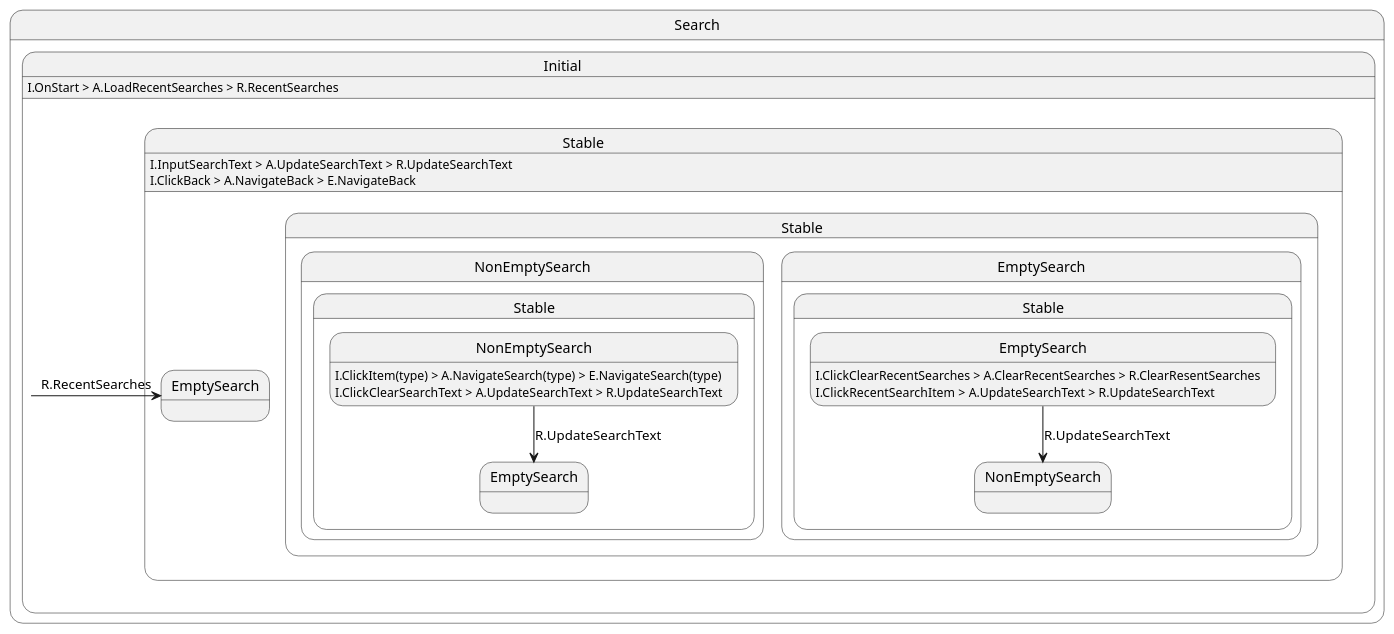
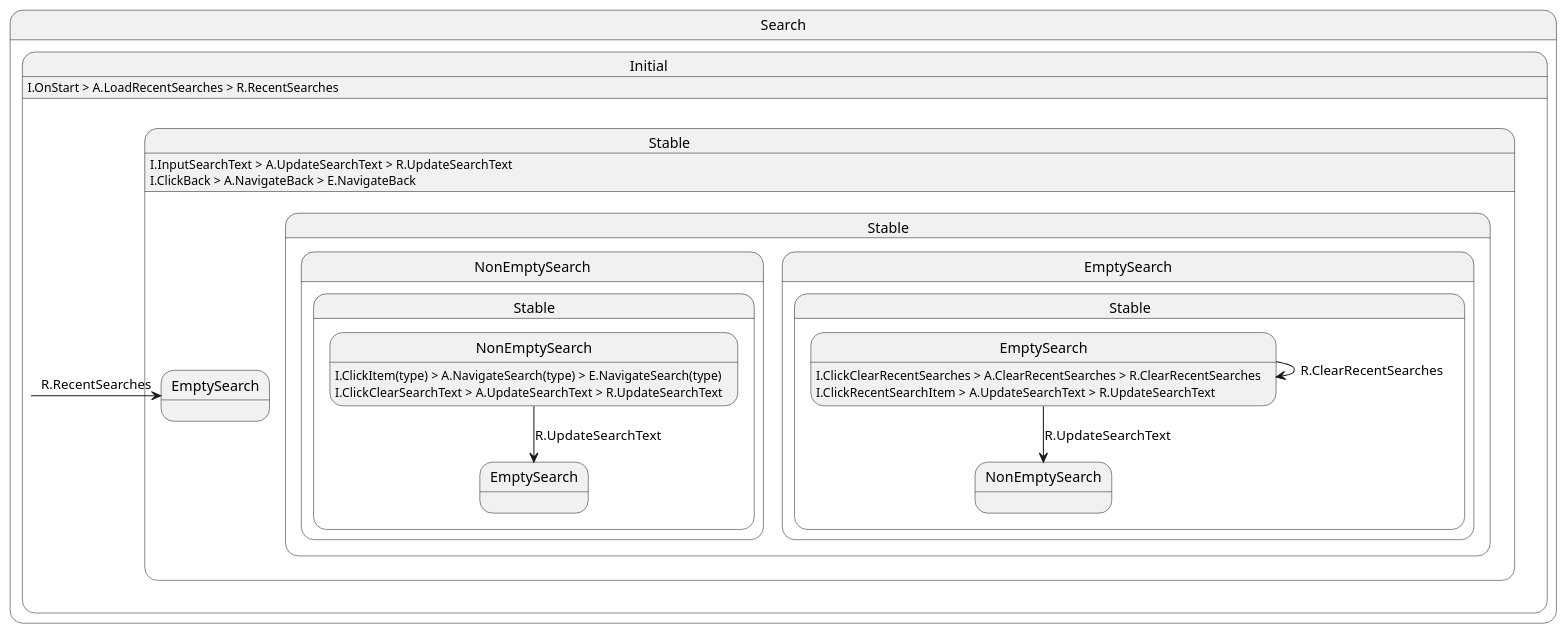
The diagram in presentation/src/main/kotlin/jp/co/yumemi/android/code_check/presentation/feature/search/top/SearchTop.pu (wasabi-muffin/github-sample-project), drawn with PlantUML before and after one commit.

Commit message:
fix: typo and missing transition

```diff
--- a/presentation/src/main/kotlin/jp/co/yumemi/android/code_check/presentation/feature/search/top/SearchTop.pu
+++ b/presentation/src/main/kotlin/jp/co/yumemi/android/code_check/presentation/feature/search/top/SearchTop.pu
@@ -1,28 +1,29 @@
 @startuml Search
 state Search {
     state Initial {
         Initial : I.OnStart > A.LoadRecentSearches > R.RecentSearches
         
         Initial -right-> Stable.EmptySearch : R.RecentSearches
     }
 
     state Stable {
         Stable : I.InputSearchText > A.UpdateSearchText > R.UpdateSearchText
         Stable : I.ClickBack > A.NavigateBack > E.NavigateBack
 
         state Stable.EmptySearch {
-            Stable.EmptySearch : I.ClickClearRecentSearches > A.ClearRecentSearches > R.ClearResentSearches
+            Stable.EmptySearch : I.ClickClearRecentSearches > A.ClearRecentSearches > R.ClearRecentSearches
             Stable.EmptySearch : I.ClickRecentSearchItem > A.UpdateSearchText > R.UpdateSearchText
 
             Stable.EmptySearch --> Stable.NonEmptySearch : R.UpdateSearchText
+            Stable.EmptySearch --> Stable.EmptySearch : R.ClearRecentSearches
         }
 
         state Stable.NonEmptySearch {
             Stable.NonEmptySearch : I.ClickItem(type) > A.NavigateSearch(type) > E.NavigateSearch(type)
             Stable.NonEmptySearch : I.ClickClearSearchText > A.UpdateSearchText > R.UpdateSearchText
 
             Stable.NonEmptySearch --> Stable.EmptySearch : R.UpdateSearchText
         }
     }
 }
 @enduml
```
